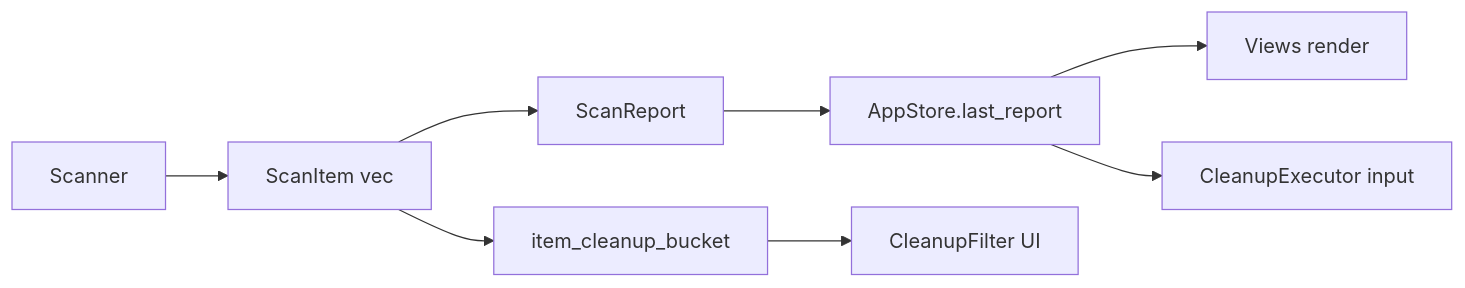
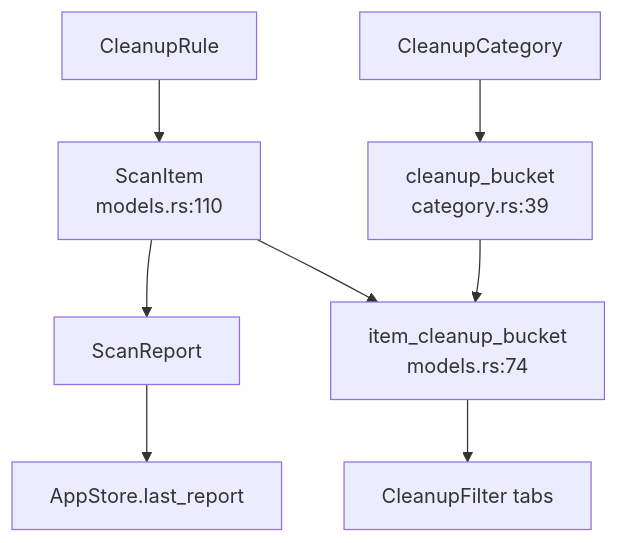
The diagram in .terrain/human/4.Deep-Exploration/models.md (sopaco/CLV3000-Plus), drawn with Mermaid before and after one commit. The commit also changed other lines of this file and 15 other files, not shown here.

````diff
--- a/.terrain/human/4.Deep-Exploration/models.md
+++ b/.terrain/human/4.Deep-Exploration/models.md
@@ -63,10 +48,10 @@
 ```mermaid
-flowchart LR
-    A["Scanner"] --> B["ScanItem vec"]
+flowchart TD
+    A["CleanupRule"] --> B["ScanItem<br/>models.rs:110"]
     B --> C["ScanReport"]
     C --> D["AppStore.last_report"]
-    D --> E["Views render"]
-    D --> F["CleanupExecutor input"]
-    B --> G["item_cleanup_bucket"]
-    G --> H["CleanupFilter UI"]
+    B --> E["item_cleanup_bucket<br/>models.rs:74"]
+    E --> F["CleanupFilter tabs"]
+    G["CleanupCategory"] --> H["cleanup_bucket<br/>category.rs:39"]
+    H --> E
 ```
````
